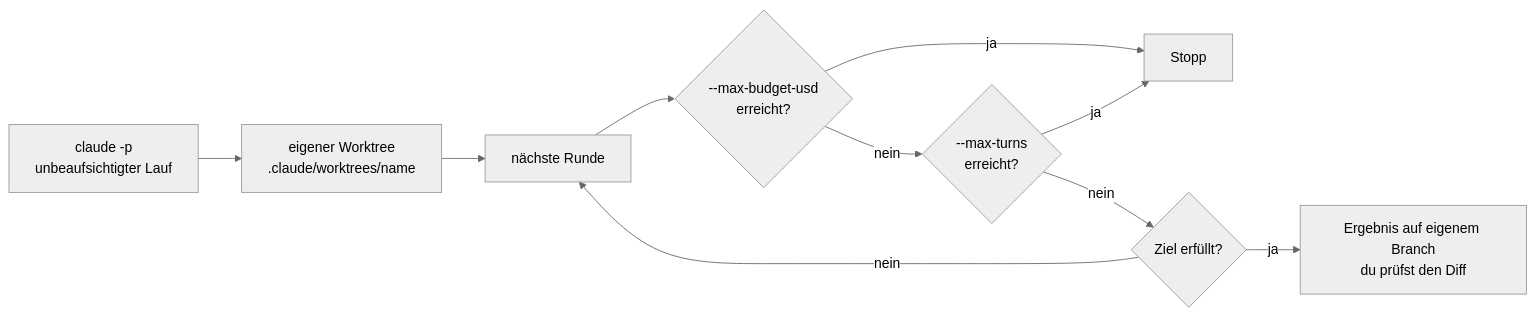
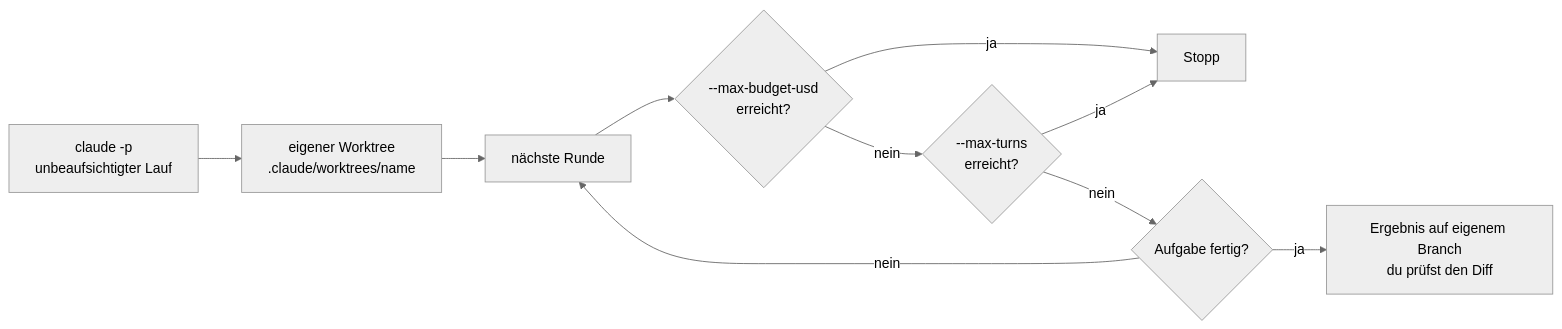
One commit to dynamic-dome/dynamic-workshop changed the diagram in resources/library/s3-13-autonome-loops-absichern.md. Above: the diagram before and after it, drawn with Mermaid (neutral theme). The commit also changed other lines of this file, not shown here.

````diff
--- a/resources/library/s3-13-autonome-loops-absichern.md
+++ b/resources/library/s3-13-autonome-loops-absichern.md
@@ -44,12 +42,12 @@
 ```mermaid
 flowchart LR
   A["claude -p<br/>unbeaufsichtigter Lauf"] --> W["eigener Worktree<br/>.claude/worktrees/name"]
   W --> R["nächste Runde"]
   R --> B{"--max-budget-usd<br/>erreicht?"}
   B -- "ja" --> X["Stopp"]
   B -- "nein" --> T{"--max-turns<br/>erreicht?"}
   T -- "ja" --> X
-  T -- "nein" --> G{"Ziel erfüllt?"}
+  T -- "nein" --> G{"Aufgabe fertig?"}
   G -- "nein" --> R
   G -- "ja" --> E["Ergebnis auf eigenem Branch<br/>du prüfst den Diff"]
 ```
````
